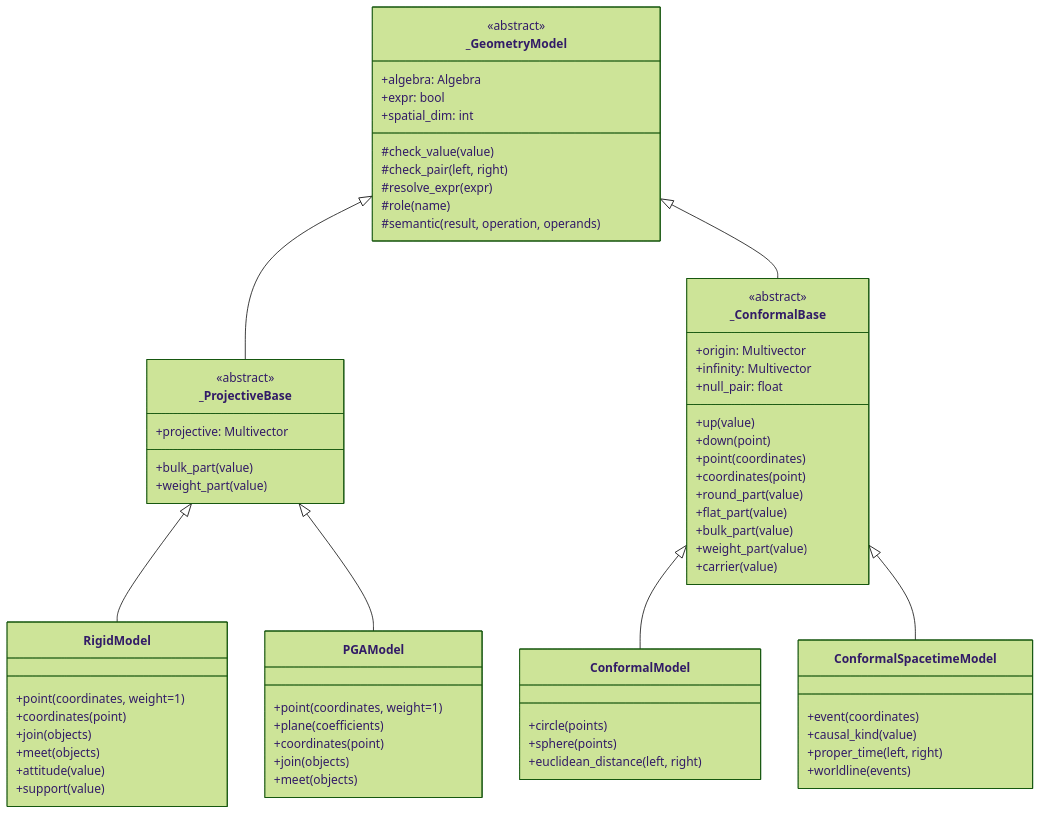
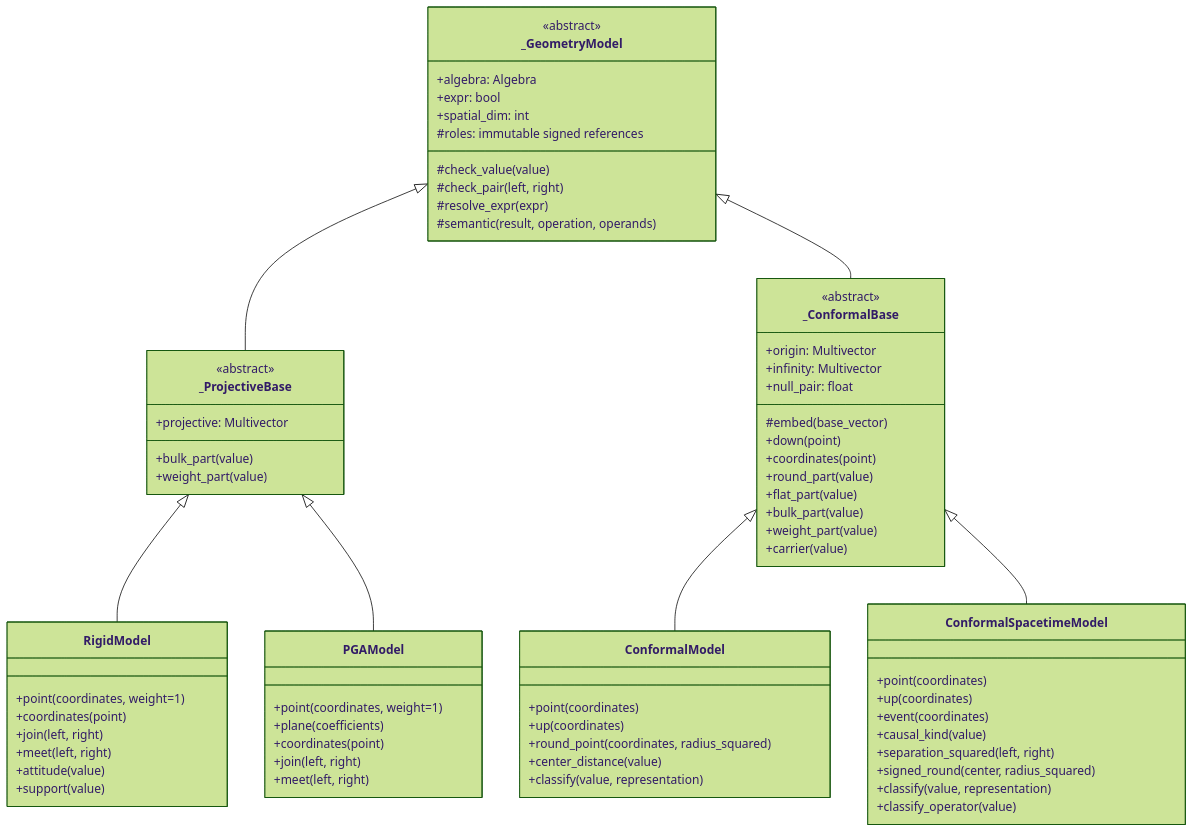
Before and after one commit to edouardp/galaga: the second of 2 diagrams in docs/v2/runtime-geometry-models.md, drawn with Mermaid (forest theme). The commit also changed other lines of this file and 46 other files, not shown here.

````diff
--- a/docs/v2/runtime-geometry-models.md
+++ b/docs/v2/runtime-geometry-models.md
@@ -123,74 +124,79 @@
 ```mermaid
 classDiagram
     class _GeometryModel {
         <<abstract>>
         +algebra: Algebra
         +expr: bool
         +spatial_dim: int
         #check_value(value)
         #check_pair(left, right)
         #resolve_expr(expr)
-        #role(name)
+        #roles: immutable signed references
         #semantic(result, operation, operands)
     }
 
     class _ProjectiveBase {
         <<abstract>>
         +projective: Multivector
         +bulk_part(value)
         +weight_part(value)
     }
 
     class RigidModel {
         +point(coordinates, weight=1)
         +coordinates(point)
-        +join(objects)
-        +meet(objects)
+        +join(left, right)
+        +meet(left, right)
         +attitude(value)
         +support(value)
     }
 
     class PGAModel {
         +point(coordinates, weight=1)
         +plane(coefficients)
         +coordinates(point)
-        +join(objects)
-        +meet(objects)
+        +join(left, right)
+        +meet(left, right)
     }
 
     class _ConformalBase {
         <<abstract>>
         +origin: Multivector
         +infinity: Multivector
         +null_pair: float
-        +up(value)
+        #embed(base_vector)
         +down(point)
-        +point(coordinates)
         +coordinates(point)
         +round_part(value)
         +flat_part(value)
         +bulk_part(value)
         +weight_part(value)
         +carrier(value)
     }
 
     class ConformalModel {
-        +circle(points)
-        +sphere(points)
-        +euclidean_distance(left, right)
+        +point(coordinates)
+        +up(coordinates)
+        +round_point(coordinates, radius_squared)
+        +center_distance(value)
+        +classify(value, representation)
     }
 
     class ConformalSpacetimeModel {
+        +point(coordinates)
+        +up(coordinates)
         +event(coordinates)
         +causal_kind(value)
-        +proper_time(left, right)
-        +worldline(events)
+        +separation_squared(left, right)
+        +signed_round(center, radius_squared)
+        +classify(value, representation)
+        +classify_operator(value)
     }
 
     _GeometryModel <|-- _ProjectiveBase
     _ProjectiveBase <|-- RigidModel
     _ProjectiveBase <|-- PGAModel
     _GeometryModel <|-- _ConformalBase
     _ConformalBase <|-- ConformalModel
     _ConformalBase <|-- ConformalSpacetimeModel
 ```
````
